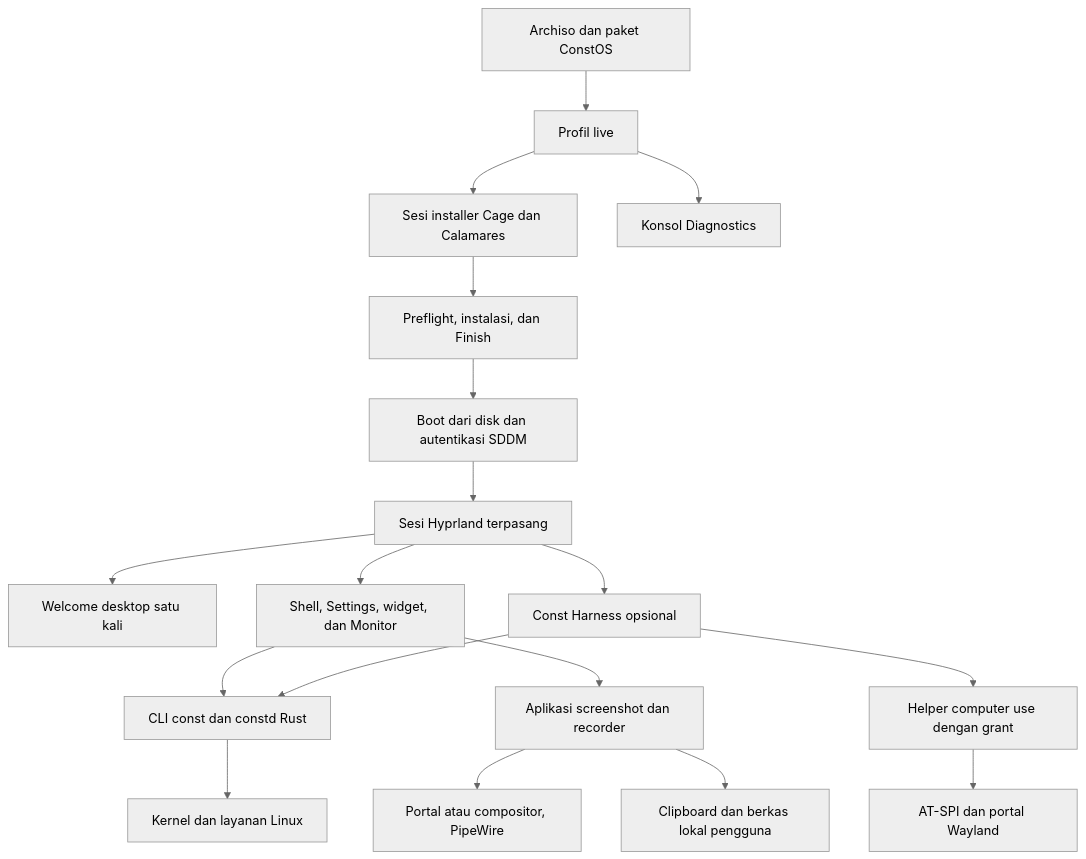
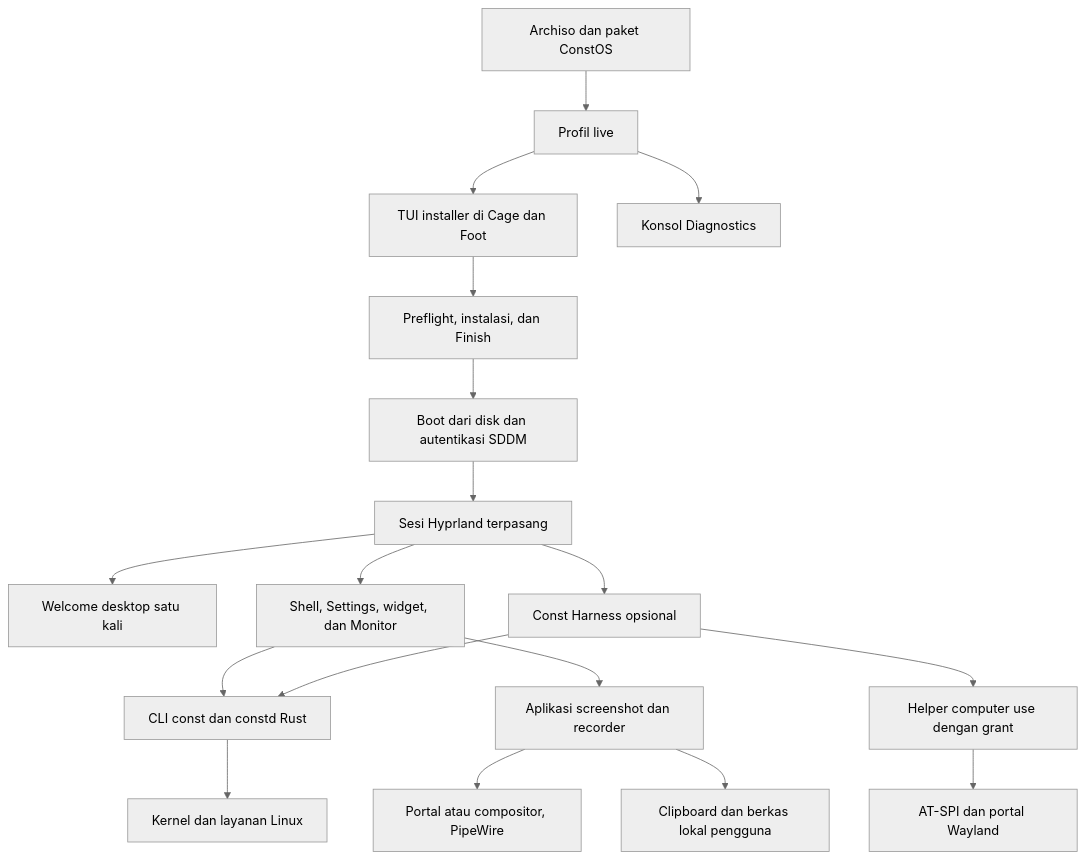
Before and after one commit to alifconstantine/const-tsukuyomi: the diagram in docs/architecture.md, drawn with Mermaid (neutral theme). The commit also changed other lines of this file and 126 other files, not shown here.

First line of the commit message:
feat: integrate the Tsukuyomi installer, boot, and desktop flow

````diff
--- a/docs/architecture.md
+++ b/docs/architecture.md
@@ -23,20 +23,20 @@
 ```mermaid
 flowchart TD
     BUILD["Archiso dan paket ConstOS"] --> LIVE["Profil live"]
-    LIVE --> KIOSK["Sesi installer Cage dan Calamares"]
+    LIVE --> KIOSK["TUI installer di Cage dan Foot"]
     LIVE --> DIAG["Konsol Diagnostics"]
     KIOSK --> INSTALL["Preflight, instalasi, dan Finish"]
     INSTALL --> LOGIN["Boot dari disk dan autentikasi SDDM"]
     LOGIN --> SESSION["Sesi Hyprland terpasang"]
     SESSION --> WELCOME["Welcome desktop satu kali"]
     SESSION --> SHELL["Shell, Settings, widget, dan Monitor"]
     SHELL --> CORE["CLI const dan constd Rust"]
     CORE --> SYSTEM["Kernel dan layanan Linux"]
     SHELL --> CAPTURE["Aplikasi screenshot dan recorder"]
     CAPTURE --> SOURCES["Portal atau compositor, PipeWire"]
     CAPTURE --> FILES["Clipboard dan berkas lokal pengguna"]
     SESSION --> HARNESS["Const Harness opsional"]
     HARNESS --> CORE
     HARNESS --> HELPER["Helper computer use dengan grant"]
     HELPER --> OBSERVE["AT-SPI dan portal Wayland"]
 ```
````
